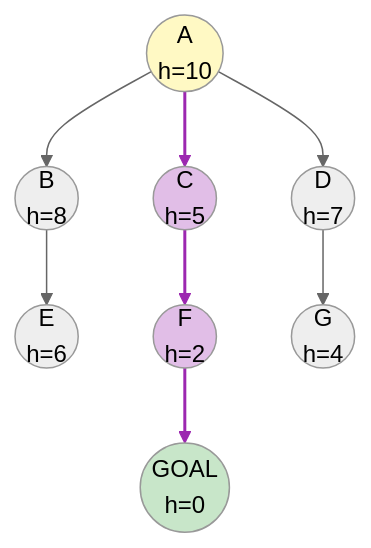
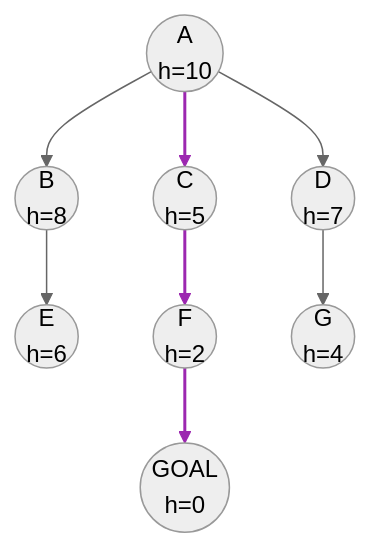
One commit to antonprafanto/dasarAI2026 changed the eighth of 12 diagrams in bab-04-pencarian.md. Above: the diagram before and after it, drawn with Mermaid (neutral theme). The commit also changed other lines of this file and 8 other files, not shown here.

Commit message:
Fix: Remove custom Mermaid styling for better dark mode visibility

````diff
--- a/bab-04-pencarian.md
+++ b/bab-04-pencarian.md
@@ -484,21 +461,16 @@
 ```mermaid
 graph TD
     A((A<br/>h=10)) --> B((B<br/>h=8))
     A --> C((C<br/>h=5))
     A --> D((D<br/>h=7))
 
     B --> E((E<br/>h=6))
     C --> F((F<br/>h=2))
     D --> G((G<br/>h=4))
 
     F --> Goal((GOAL<br/>h=0))
 
-    style A fill:#fff9c4
-    style C fill:#e1bee7
-    style F fill:#e1bee7
-    style Goal fill:#c8e6c9
-
     linkStyle 1 stroke:#9c27b0,stroke-width:2px;
     linkStyle 4 stroke:#9c27b0,stroke-width:2px;
     linkStyle 6 stroke:#9c27b0,stroke-width:2px;
 ```
````
